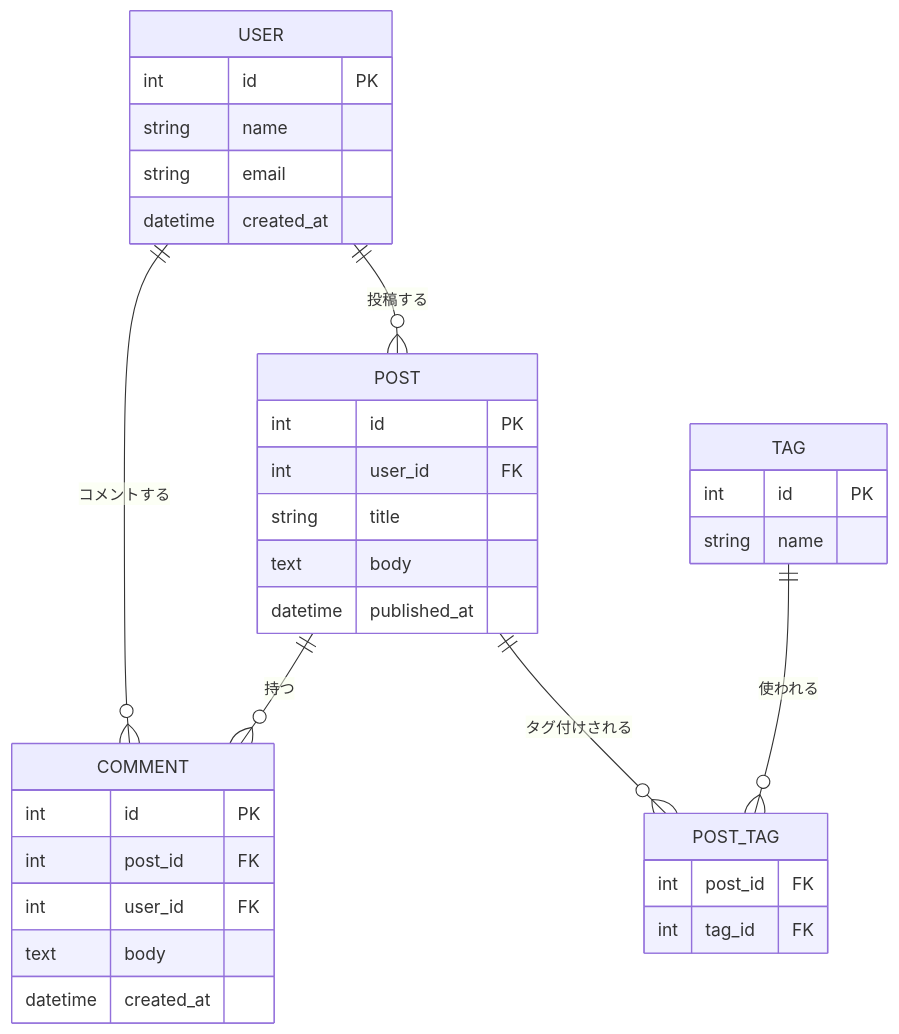
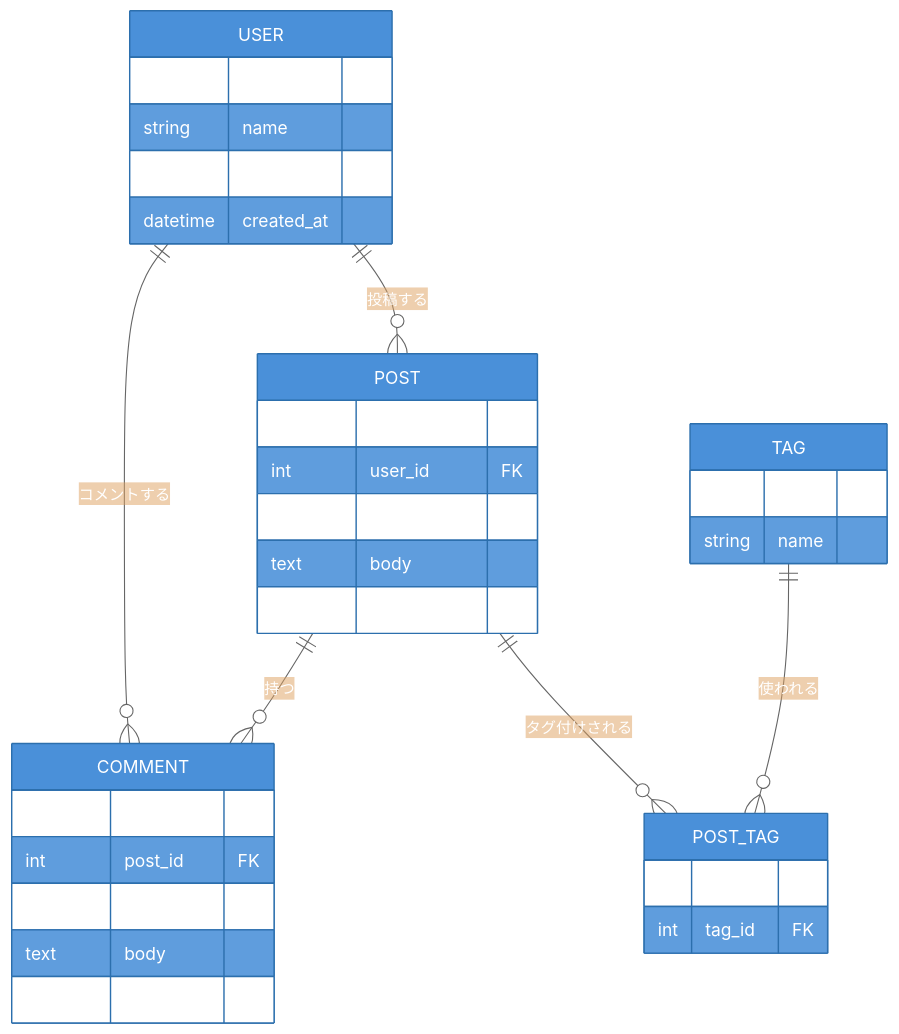
The third of 5 diagrams in mermaid_samples/README.md (y-nakata/claude-playground), drawn with Mermaid before and after one commit. The commit also changed other lines of this file, not shown here.

Commit message:
docs: Mermaid図にカラーを追加

````diff
--- a/mermaid_samples/README.md
+++ b/mermaid_samples/README.md
@@ -55,37 +68,38 @@
 ```mermaid
+%%{init: {'theme': 'base', 'themeVariables': {'primaryColor': '#4A90D9', 'primaryTextColor': '#fff', 'primaryBorderColor': '#2c6fad', 'lineColor': '#666', 'edgeLabelBackground': '#f0f0f0'}}}%%
 erDiagram
     USER {
         int id PK
         string name
         string email
         datetime created_at
     }
     POST {
         int id PK
         int user_id FK
         string title
         text body
         datetime published_at
     }
     COMMENT {
         int id PK
         int post_id FK
         int user_id FK
         text body
         datetime created_at
     }
     TAG {
         int id PK
         string name
     }
     POST_TAG {
         int post_id FK
         int tag_id FK
     }
 
     USER ||--o{ POST : "投稿する"
     USER ||--o{ COMMENT : "コメントする"
     POST ||--o{ COMMENT : "持つ"
     POST ||--o{ POST_TAG : "タグ付けされる"
     TAG ||--o{ POST_TAG : "使われる"
 ```
````
